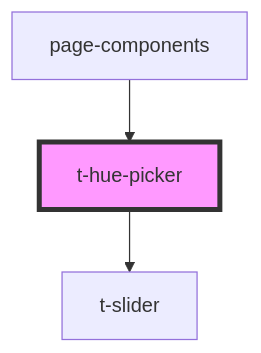
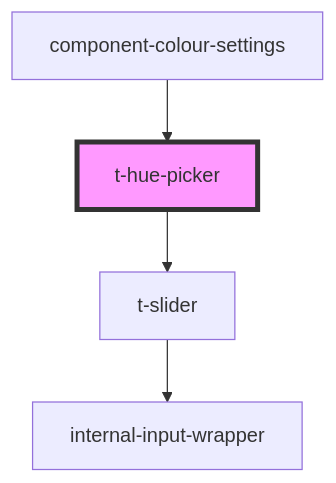
The diagram in packages/stencil/src/components/t-hue-picker/readme.md (TomasEng/web-components), drawn with Mermaid before and after one commit. The commit also changed other lines of this file and 19 other files, not shown here.

````diff
--- a/packages/stencil/src/components/t-hue-picker/readme.md
+++ b/packages/stencil/src/components/t-hue-picker/readme.md
@@ -34,6 +34,7 @@
 ```mermaid
 graph TD;
   t-hue-picker --> t-slider
-  page-components --> t-hue-picker
+  t-slider --> internal-input-wrapper
+  component-colour-settings --> t-hue-picker
   style t-hue-picker fill:#f9f,stroke:#333,stroke-width:4px
 ```
````
